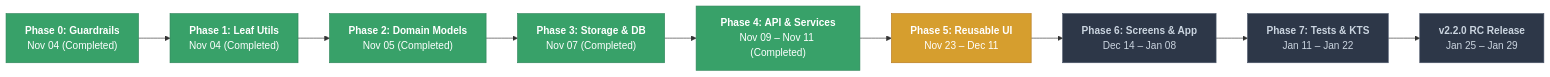
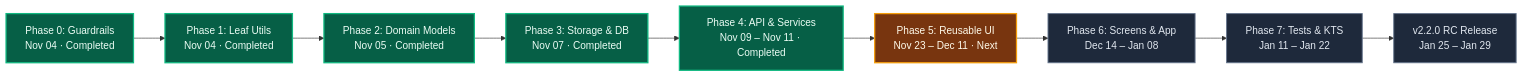
The second of 2 diagrams in KOTLIN_MIGRATION.mdx (solomonrajan/cashledger), drawn with Mermaid before and after one commit. The commit also changed other lines of this file, not shown here.

First line of the commit message:
docs(migration): redesign Migration Architecture & Flow diagram in KOTLIN_MIGRATION.mdx

````diff
--- a/KOTLIN_MIGRATION.mdx
+++ b/KOTLIN_MIGRATION.mdx
@@ -91,18 +119,18 @@
 ```mermaid
 flowchart LR
-    classDef done fill:#38A169,stroke:#2F855A,color:#FFFFFF
-    classDef next fill:#D69E2E,stroke:#B7791F,color:#FFFFFF
-    classDef future fill:#2D3748,stroke:#4A5568,color:#CBD5E0
+    classDef done fill:#065F46,stroke:#10B981,stroke-width:2px,color:#ECFDF5
+    classDef next fill:#78350F,stroke:#F59E0B,stroke-width:2px,color:#FFFBEB
+    classDef future fill:#1E293B,stroke:#64748B,stroke-width:1.5px,color:#E2E8F0
 
-    P0["<b>Phase 0: Guardrails</b><br/>Nov 04 (Completed)"]:::done
-    P1["<b>Phase 1: Leaf Utils</b><br/>Nov 04 (Completed)"]:::done
-    P2["<b>Phase 2: Domain Models</b><br/>Nov 05 (Completed)"]:::done
-    P3["<b>Phase 3: Storage & DB</b><br/>Nov 07 (Completed)"]:::done
-    P4["<b>Phase 4: API & Services</b><br/>Nov 09 – Nov 11 (Completed)"]:::done
-    P5["<b>Phase 5: Reusable UI</b><br/>Nov 23 – Dec 11"]:::next
-    P6["<b>Phase 6: Screens & App</b><br/>Dec 14 – Jan 08"]:::future
-    P7["<b>Phase 7: Tests & KTS</b><br/>Jan 11 – Jan 22"]:::future
-    REL["<b>v2.2.0 RC Release</b><br/>Jan 25 – Jan 29"]:::future
+    P0["Phase 0: Guardrails<br/>Nov 04 · Completed"]:::done
+    P1["Phase 1: Leaf Utils<br/>Nov 04 · Completed"]:::done
+    P2["Phase 2: Domain Models<br/>Nov 05 · Completed"]:::done
+    P3["Phase 3: Storage & DB<br/>Nov 07 · Completed"]:::done
+    P4["Phase 4: API & Services<br/>Nov 09 – Nov 11 · Completed"]:::done
+    P5["Phase 5: Reusable UI<br/>Nov 23 – Dec 11 · Next"]:::next
+    P6["Phase 6: Screens & App<br/>Dec 14 – Jan 08"]:::future
+    P7["Phase 7: Tests & KTS<br/>Jan 11 – Jan 22"]:::future
+    REL["v2.2.0 RC Release<br/>Jan 25 – Jan 29"]:::future
 
     P0 --> P1 --> P2 --> P3 --> P4 --> P5 --> P6 --> P7 --> REL
 ```
````
